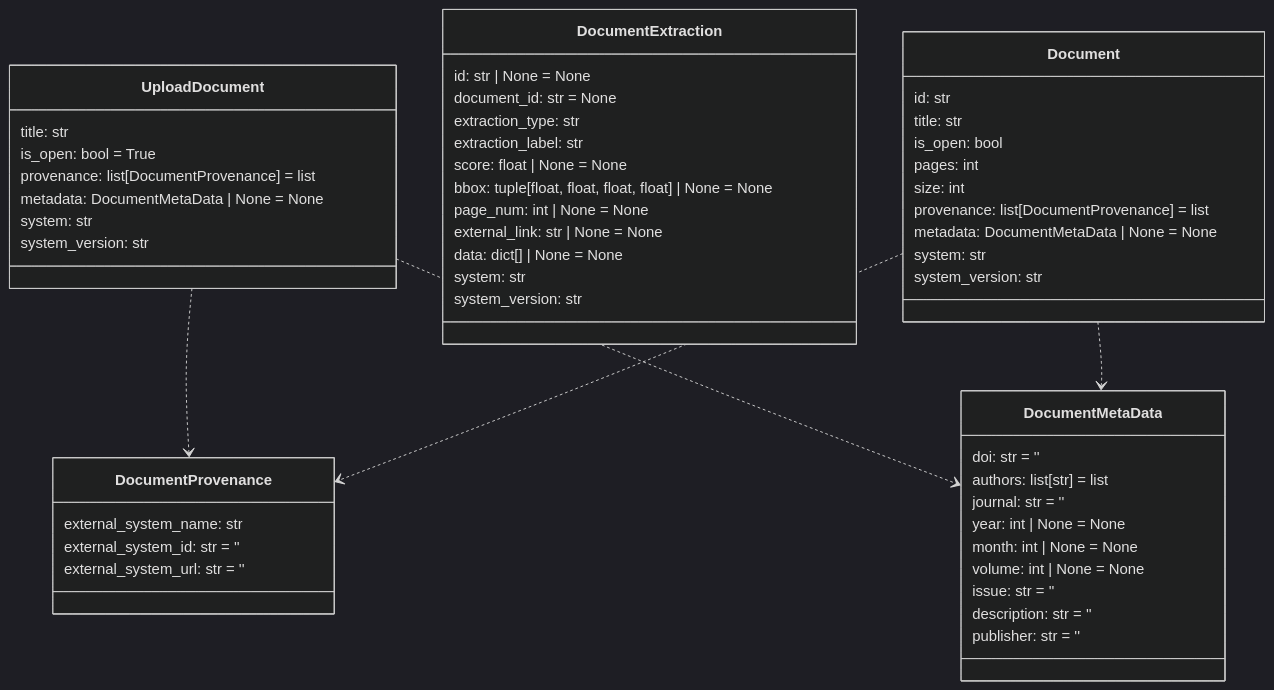
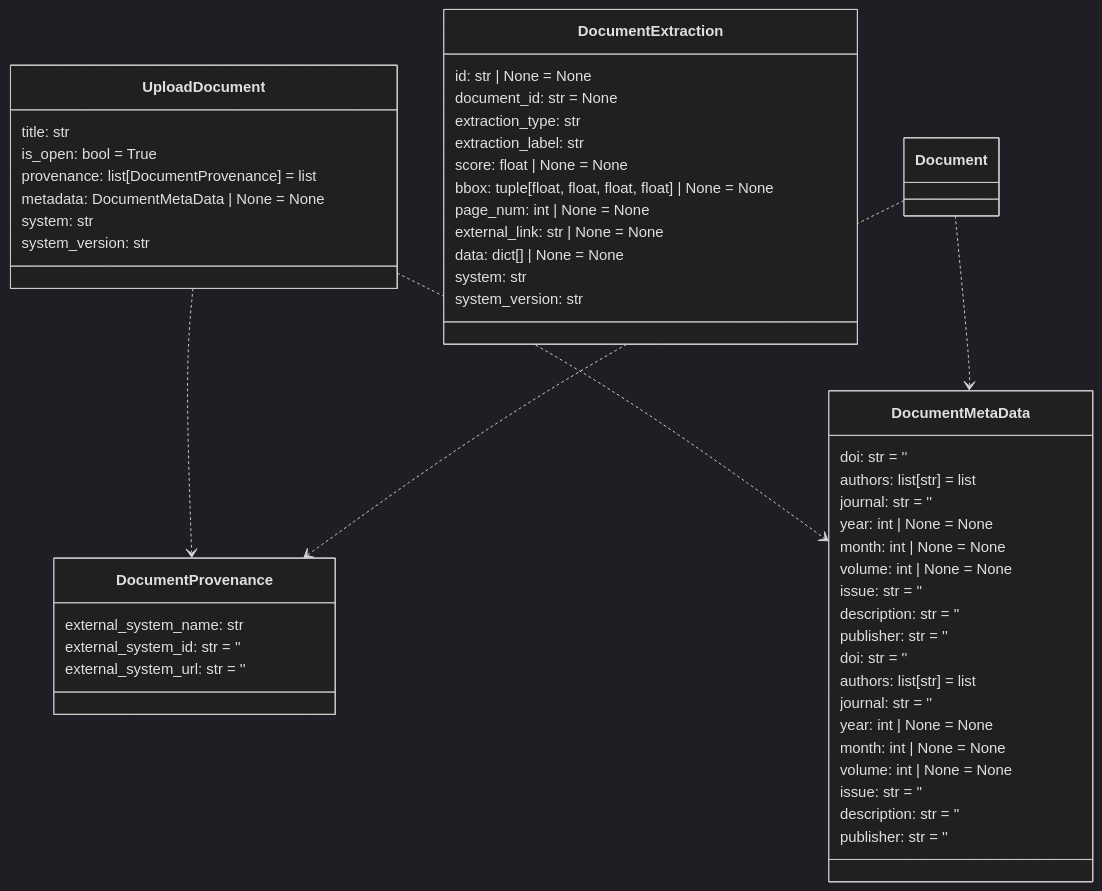
One commit to DARPA-CRITICALMAAS/cdr_schemas changed the ninth of 14 diagrams in README.md. Above: the diagram before and after it, drawn with Mermaid (dark theme). The commit also changed other lines of this file and 3 other files, not shown here.

````diff
--- a/README.md
+++ b/README.md
@@ -695,63 +723,63 @@
 ```mermaid
 classDiagram
 
     class UploadDocument {
         title: str
         is_open: bool = True
         provenance: list[DocumentProvenance] = list
         metadata: DocumentMetaData | None = None
         system: str
         system_version: str
     }
 
     class DocumentMetaData {
         doi: str = ''
         authors: list[str] = list
         journal: str = ''
         year: int | None = None
         month: int | None = None
         volume: int | None = None
         issue: str = ''
         description: str = ''
         publisher: str = ''
     }
 
     class DocumentProvenance {
         external_system_name: str
         external_system_id: str = ''
         external_system_url: str = ''
     }
 
     class DocumentExtraction {
         id: str | None = None
         document_id: str = None
         extraction_type: str
         extraction_label: str
         score: float | None = None
         bbox: tuple[float, float, float, float] | None = None
         page_num: int | None = None
         external_link: str | None = None
         data: dict[] | None = None
         system: str
         system_version: str
     }
 
-    class Document {
-        id: str
-        title: str
-        is_open: bool
-        pages: int
-        size: int
-        provenance: list[DocumentProvenance] = list
-        metadata: DocumentMetaData | None = None
-        system: str
-        system_version: str
+    class DocumentMetaData {
+        doi: str = ''
+        authors: list[str] = list
+        journal: str = ''
+        year: int | None = None
+        month: int | None = None
+        volume: int | None = None
+        issue: str = ''
+        description: str = ''
+        publisher: str = ''
     }
 
     UploadDocument ..> DocumentProvenance
     UploadDocument ..> DocumentMetaData
     Document ..> DocumentProvenance
     Document ..> DocumentMetaData
 
 
 ```
````
